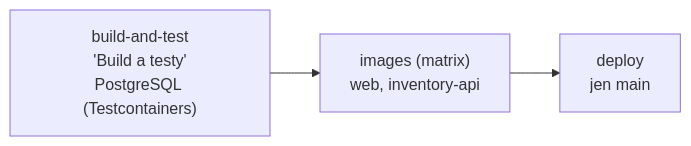
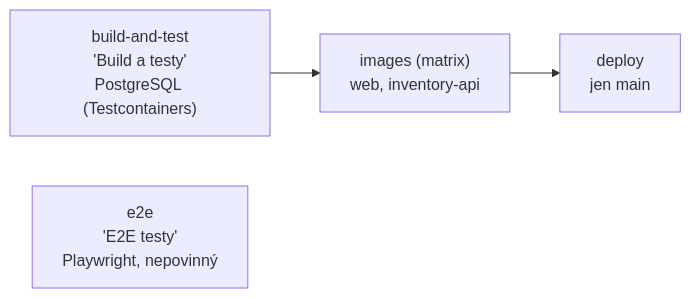
One commit to ftichy/MiniShop changed the diagram in docs/prirucka/github/ci.md. Above: the diagram before and after it, drawn with Mermaid. The commit also changed other lines of this file and 14 other files, not shown here.

Commit message:
E2E testy v prohlížeči (Playwright): projekt, compose.e2e.yaml, příručka

````diff
--- a/docs/prirucka/github/ci.md
+++ b/docs/prirucka/github/ci.md
@@ -14,7 +14,8 @@
 ```mermaid
 flowchart LR
     t["build-and-test<br/>'Build a testy'<br/>PostgreSQL (Testcontainers)"] --> i["images (matrix)<br/>web, inventory-api"]
     i --> d["deploy<br/>jen main"]
+    e["e2e<br/>'E2E testy'<br/>Playwright, nepovinný"]
 
     click d "/Docs/github/cd"
 ```
````
